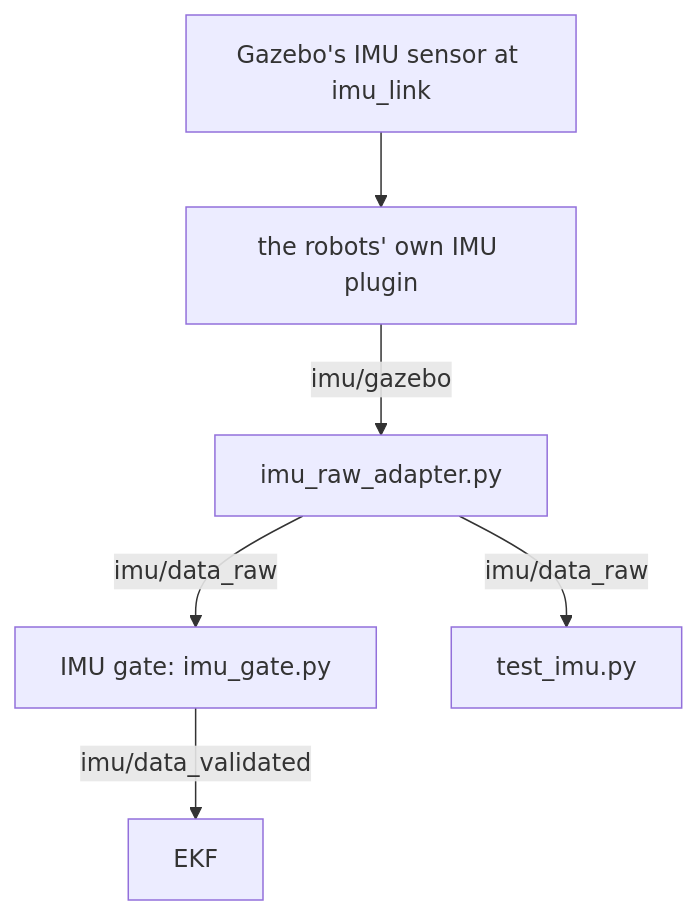
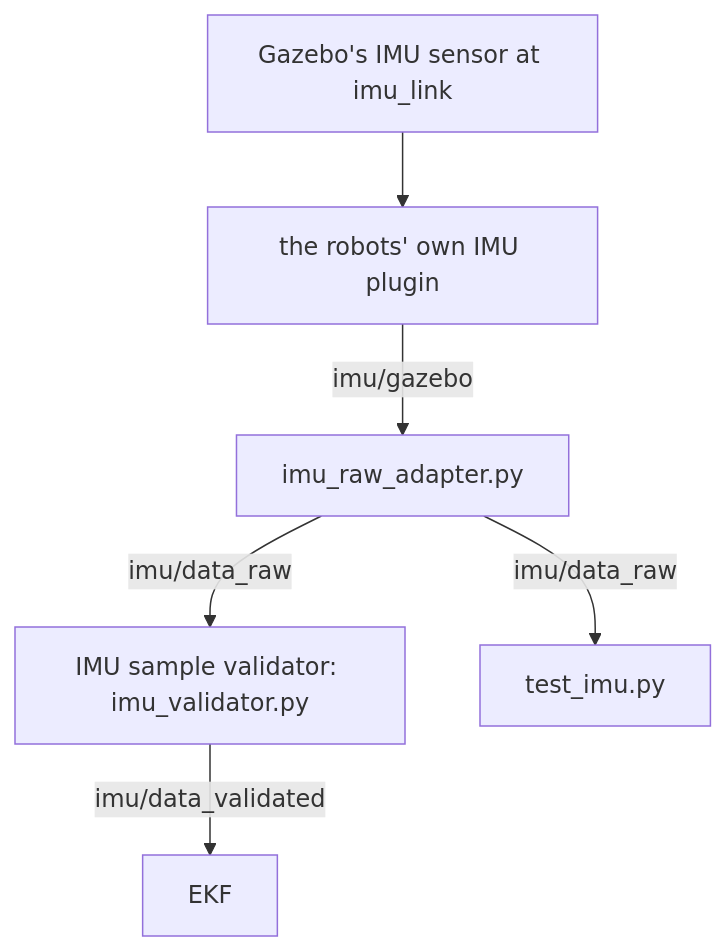
The diagram in docs/packages/imu/simulation.md (ros-mobile-robots/ros-mobile-robots.github.io), drawn with Mermaid before and after one commit. The commit also changed other lines of this file and 1 other file, not shown here.

First line of the commit message:
IMU Simulation: message definition, model source, validator

````diff
--- a/docs/packages/imu/simulation.md
+++ b/docs/packages/imu/simulation.md
@@ -20,8 +33,8 @@
 ```mermaid
 graph TB
   SENSOR["Gazebo's IMU sensor at imu_link"] --> PLUGIN["the robots' own IMU plugin"]
   PLUGIN -->|imu/gazebo| ADAPTER[imu_raw_adapter.py]
-  ADAPTER -->|imu/data_raw| GATE[IMU gate: imu_gate.py]
-  GATE -->|imu/data_validated| EKF[EKF]
+  ADAPTER -->|imu/data_raw| VALIDATOR[IMU sample validator: imu_validator.py]
+  VALIDATOR -->|imu/data_validated| EKF[EKF]
   ADAPTER -->|imu/data_raw| TEST[test_imu.py]
 ```
````
